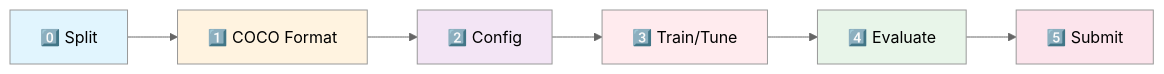
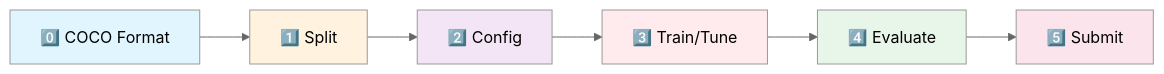
One commit to ming2tofu33/pjt-sprint_ai07_healthcare changed the diagram in README.md. Above: the diagram before and after it, drawn with Mermaid (neutral theme). The commit also changed other lines of this file and 11 other files, not shown here.

````diff
--- a/README.md
+++ b/README.md
@@ -125,15 +125,15 @@
 ```mermaid
 flowchart LR
-    A[0️⃣ Split] --> B[1️⃣ COCO Format]
+    A[0️⃣ COCO Format] --> B[1️⃣ Split]
     B --> C[2️⃣ Config]
     C --> D[3️⃣ Train/Tune]
     D --> E[4️⃣ Evaluate]
     E --> F[5️⃣ Submit]
     
     style A fill:#e1f5fe
     style B fill:#fff3e0
     style C fill:#f3e5f5
     style D fill:#ffebee
     style E fill:#e8f5e9
     style F fill:#fce4ec
 ```
````
